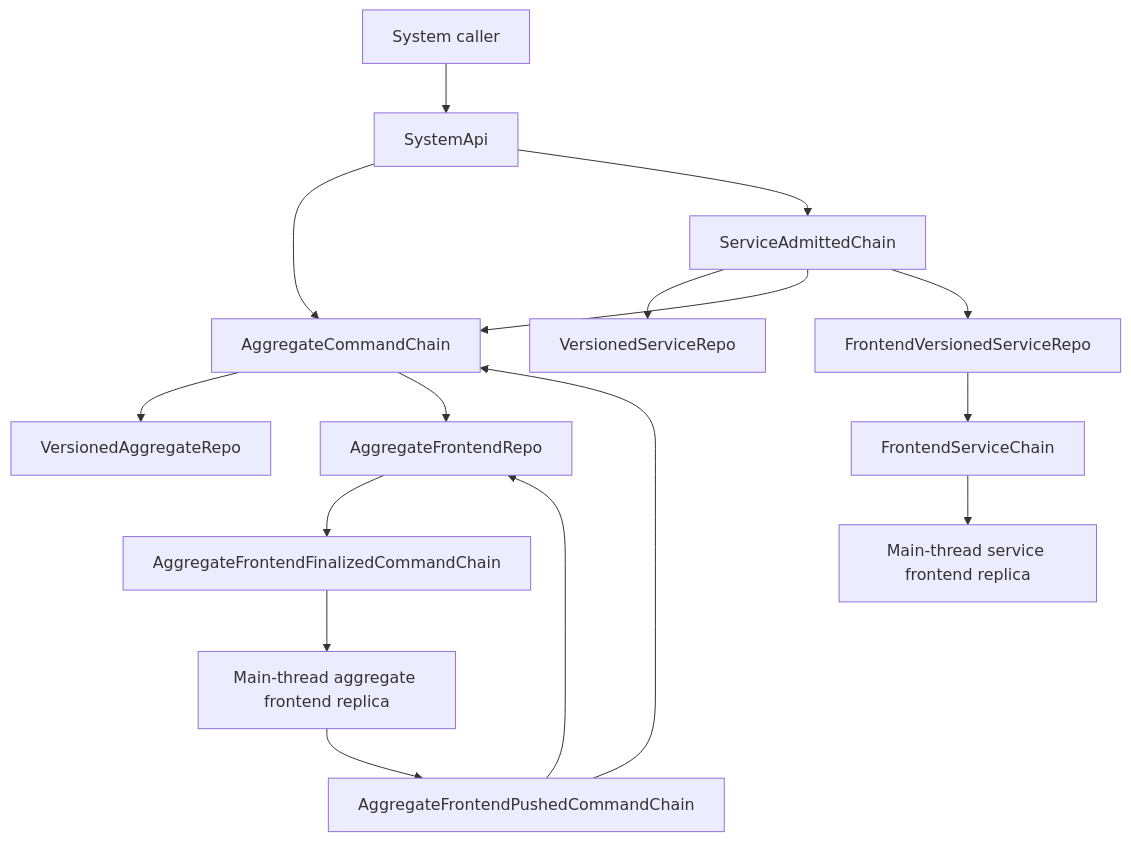
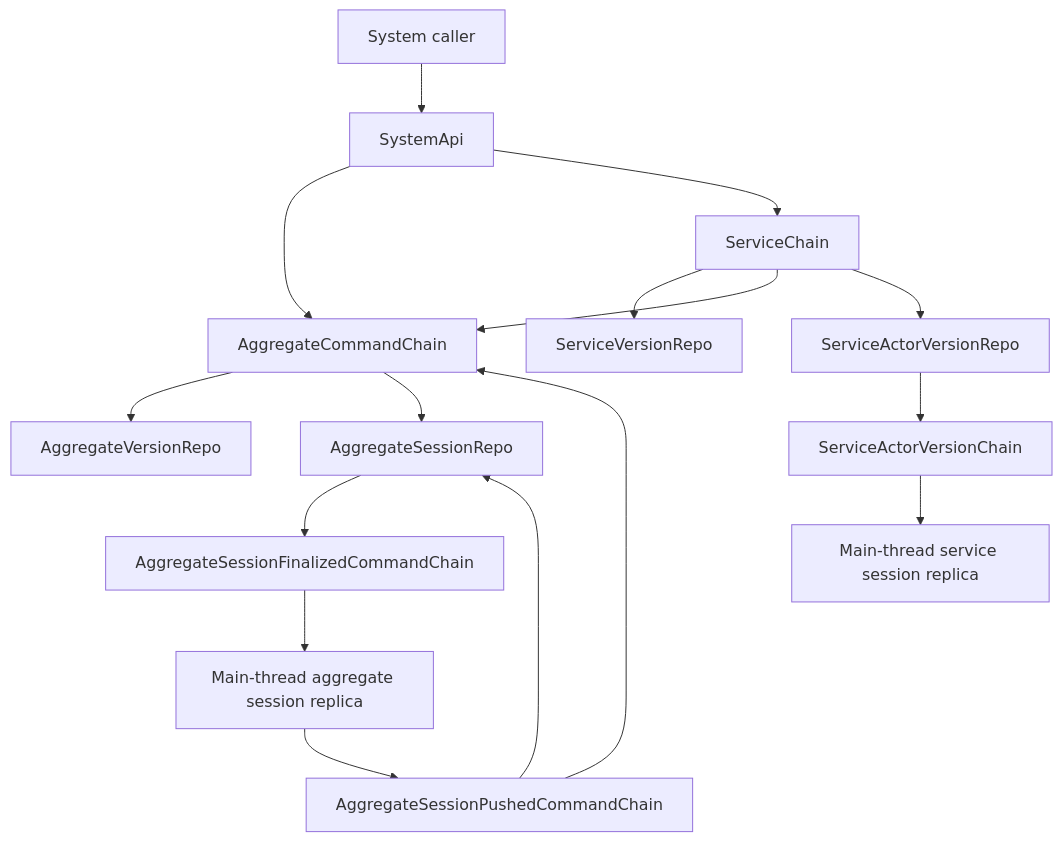
Before and after one commit to morgs32/qrk.sh: the first of 4 diagrams in wiki/dev/diagrams/KappaArchitecture.md, drawn with Mermaid. The commit also changed other lines of this file and 1714 other files, not shown here.

````diff
--- a/wiki/dev/diagrams/KappaArchitecture.md
+++ b/wiki/dev/diagrams/KappaArchitecture.md
@@ -19,21 +19,21 @@
 ```mermaid
 flowchart TB
   SystemCaller[System caller] --> SystemApi
   SystemApi --> AggregateCommandChain
-  SystemApi --> ServiceAdmittedChain
+  SystemApi --> ServiceChain
 
-  AggregateCommandChain --> VersionedAggregateRepo
-  ServiceAdmittedChain --> VersionedServiceRepo
-  ServiceAdmittedChain --> AggregateCommandChain
+  AggregateCommandChain --> AggregateVersionRepo
+  ServiceChain --> ServiceVersionRepo
+  ServiceChain --> AggregateCommandChain
 
-  AggregateBrowser[Main-thread aggregate frontend replica] --> AggregateFrontendPushedCommandChain
-  AggregateFrontendPushedCommandChain --> AggregateFrontendRepo
-  AggregateFrontendPushedCommandChain --> AggregateCommandChain
-  AggregateCommandChain --> AggregateFrontendRepo
-  AggregateFrontendRepo --> AggregateFrontendFinalizedCommandChain
-  AggregateFrontendFinalizedCommandChain --> AggregateBrowser
+  AggregateBrowser[Main-thread aggregate session replica] --> AggregateSessionPushedCommandChain
+  AggregateSessionPushedCommandChain --> AggregateSessionRepo
+  AggregateSessionPushedCommandChain --> AggregateCommandChain
+  AggregateCommandChain --> AggregateSessionRepo
+  AggregateSessionRepo --> AggregateSessionFinalizedCommandChain
+  AggregateSessionFinalizedCommandChain --> AggregateBrowser
 
-  ServiceAdmittedChain --> FrontendVersionedServiceRepo
-  FrontendVersionedServiceRepo --> FrontendServiceChain
-  FrontendServiceChain --> ServiceBrowser[Main-thread service frontend replica]
+  ServiceChain --> ServiceActorVersionRepo
+  ServiceActorVersionRepo --> ServiceActorVersionChain
+  ServiceActorVersionChain --> ServiceBrowser[Main-thread service session replica]
 ```
````
